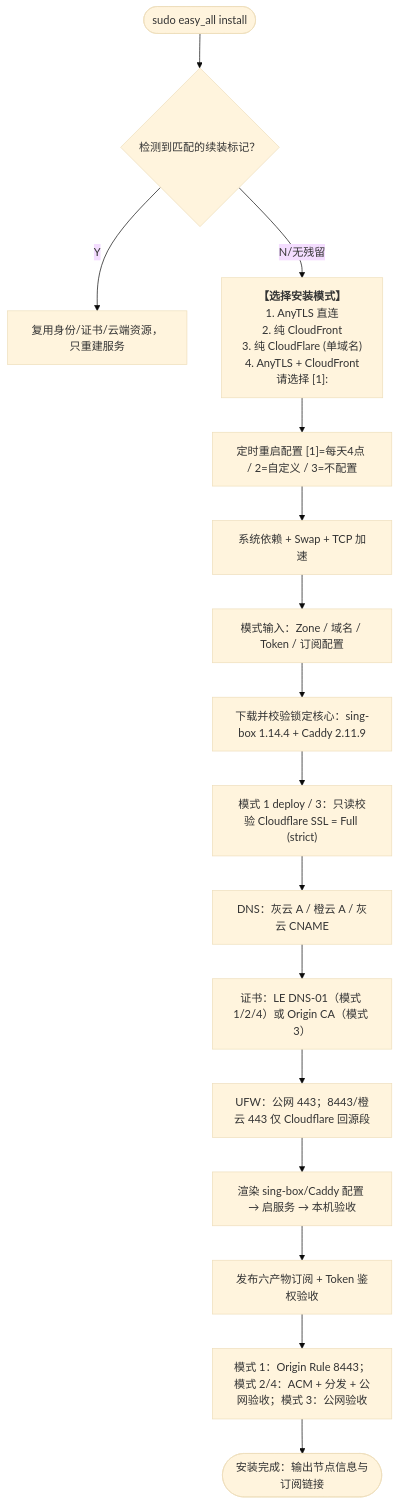
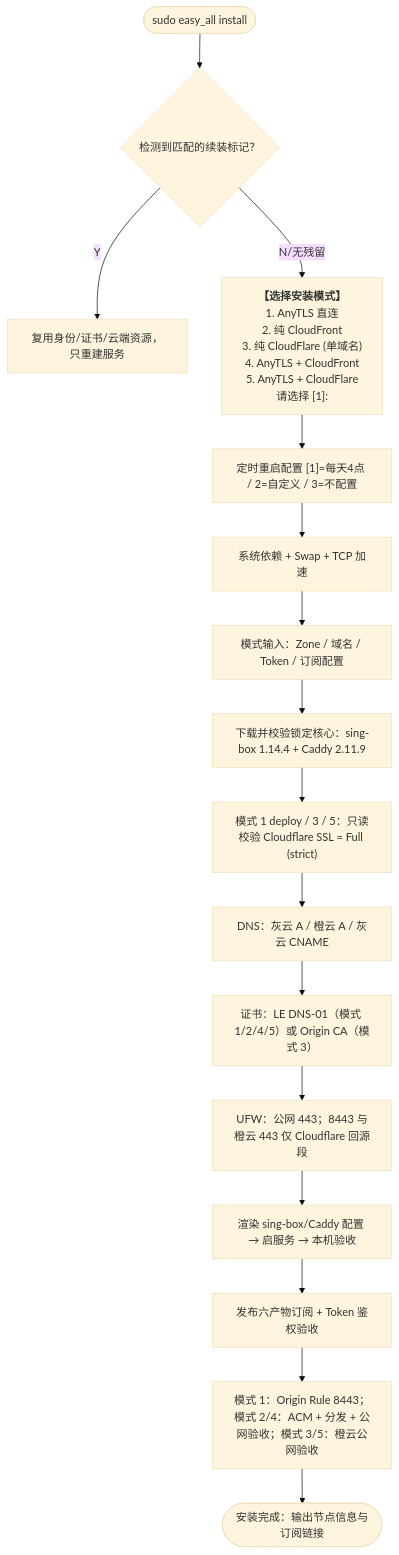
One commit to v2yiz/easy_all changed the diagram in README.md. Above: the diagram before and after it, drawn with Mermaid (base theme). The commit also changed other lines of this file and 32 other files, not shown here.

First line of the commit message:
feat(release): 5.1.0 新增模式 5 AnyTLS + CloudFlare（橙云 8443 回源）

````diff
--- a/README.md
+++ b/README.md
@@ -160,18 +171,18 @@
 ```mermaid
 flowchart TD
     Start(["sudo easy_all install"]) --> Resume{"检测到匹配的续装标记？"}
     Resume -- "Y" --> ResumeYes["复用身份/证书/云端资源，只重建服务"]
-    Resume -- "N/无残留" --> ChooseMode["<b>【选择安装模式】</b><br/>1. AnyTLS 直连<br/>2. 纯 CloudFront<br/>3. 纯 CloudFlare (单域名)<br/>4. AnyTLS + CloudFront<br/>请选择 [1]:"]
+    Resume -- "N/无残留" --> ChooseMode["<b>【选择安装模式】</b><br/>1. AnyTLS 直连<br/>2. 纯 CloudFront<br/>3. 纯 CloudFlare (单域名)<br/>4. AnyTLS + CloudFront<br/>5. AnyTLS + CloudFlare<br/>请选择 [1]:"]
     ChooseMode --> Reboot["定时重启配置 [1]=每天4点 / 2=自定义 / 3=不配置"]
     Reboot --> Deps["系统依赖 + Swap + TCP 加速"]
     Deps --> Inputs["模式输入：Zone / 域名 / Token / 订阅配置"]
     Inputs --> Cores["下载并校验锁定核心：sing-box 1.14.4 + Caddy 2.11.9"]
-    Cores --> Strict["模式 1 deploy / 3：只读校验 Cloudflare SSL = Full (strict)"]
+    Cores --> Strict["模式 1 deploy / 3 / 5：只读校验 Cloudflare SSL = Full (strict)"]
     Strict --> DNS["DNS：灰云 A / 橙云 A / 灰云 CNAME"]
-    DNS --> Cert["证书：LE DNS-01（模式 1/2/4）或 Origin CA（模式 3）"]
-    Cert --> UFW["UFW：公网 443；8443/橙云 443 仅 Cloudflare 回源段"]
+    DNS --> Cert["证书：LE DNS-01（模式 1/2/4/5）或 Origin CA（模式 3）"]
+    Cert --> UFW["UFW：公网 443；8443 与橙云 443 仅 Cloudflare 回源段"]
     UFW --> Runtime["渲染 sing-box/Caddy 配置 → 启服务 → 本机验收"]
     Runtime --> Sub["发布六产物订阅 + Token 鉴权验收"]
-    Sub --> Cloud["模式 1：Origin Rule 8443；模式 2/4：ACM + 分发 + 公网验收；模式 3：公网验收"]
+    Sub --> Cloud["模式 1：Origin Rule 8443；模式 2/4：ACM + 分发 + 公网验收；模式 3/5：橙云公网验收"]
     Cloud --> Done(["安装完成：输出节点信息与订阅链接"])
 ```
````
